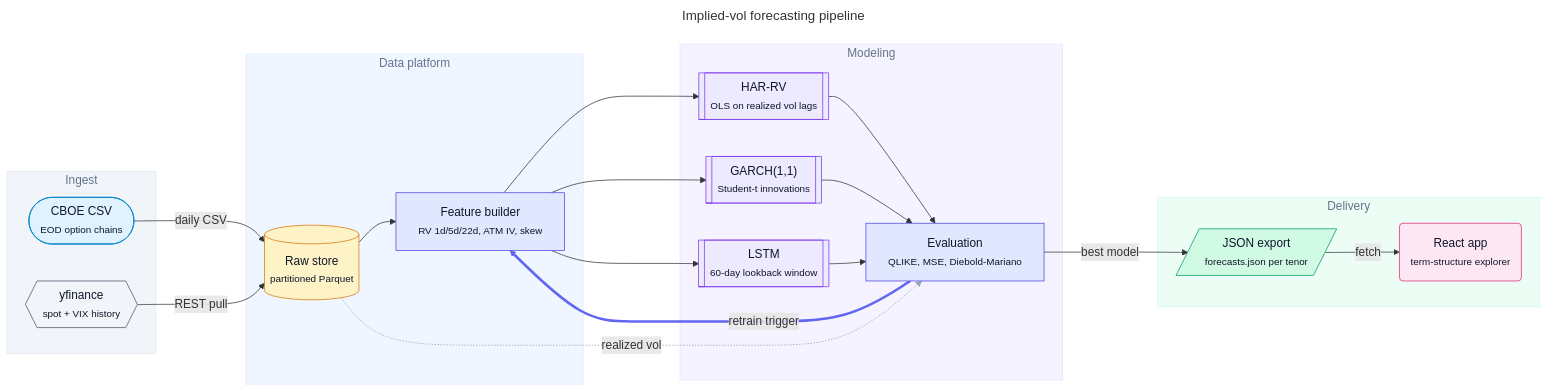
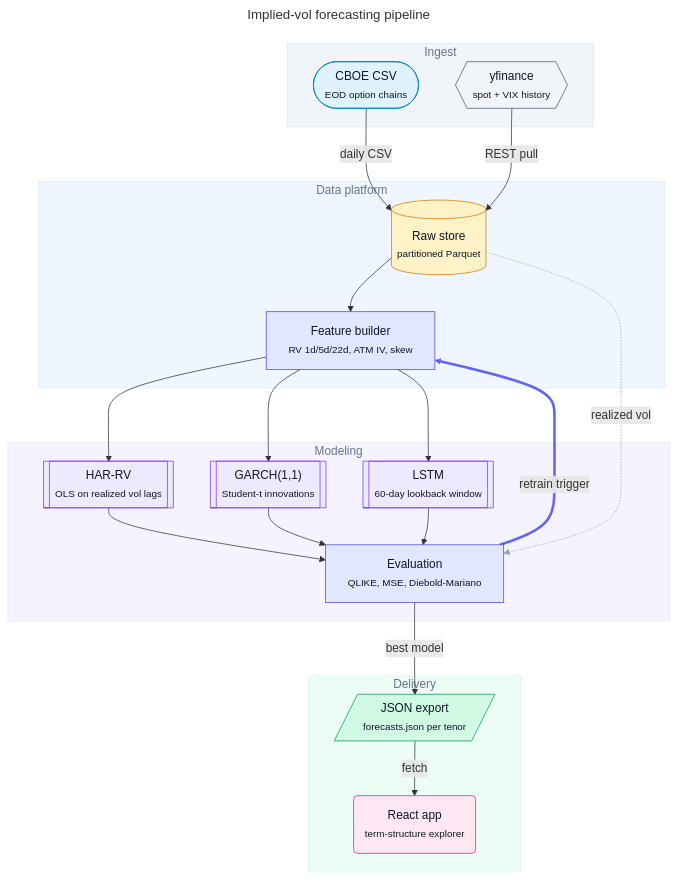
Before and after one commit to rajib2k5/vol-diagram-kit: the diagram in examples/out/iv_forecast_pipeline.mmd, drawn with Mermaid. The commit also changed 35 other files, not shown here.

First line of the commit message:
Fix review defects: Mermaid escaping, draw.io ids and HTML, cascades, layout

```diff
--- a/examples/out/iv_forecast_pipeline.mmd
+++ b/examples/out/iv_forecast_pipeline.mmd
@@ -1,55 +1,55 @@
 ---
 title: "Implied-vol forecasting pipeline"
 ---
-flowchart LR
+flowchart TB
     subgraph ingest["Ingest"]
         cboe(["CBOE CSV<br/><small>EOD option chains</small>"])
         yfinance{{"yfinance<br/><small>spot + VIX history</small>"}}
     end
     subgraph data["Data platform"]
         raw[("Raw store<br/><small>partitioned Parquet</small>")]
         features["Feature builder<br/><small>RV 1d/5d/22d, ATM IV, skew</small>"]
     end
     subgraph modeling["Modeling"]
         har[["HAR-RV<br/><small>OLS on realized vol lags</small>"]]
         garch[["GARCH(1,1)<br/><small>Student-t innovations</small>"]]
         lstm[["LSTM<br/><small>60-day lookback window</small>"]]
         evaluation["Evaluation<br/><small>QLIKE, MSE, Diebold-Mariano</small>"]
     end
     subgraph delivery["Delivery"]
         export[/"JSON export<br/><small>forecasts.json per tenor</small>"/]
         app("React app<br/><small>term-structure explorer</small>")
     end
-    cboe -->|daily CSV| raw
-    yfinance -->|REST pull| raw
+    cboe -->|"daily CSV"| raw
+    yfinance -->|"REST pull"| raw
     raw --> features
     features --> har
     features --> garch
     features --> lstm
     har --> evaluation
     garch --> evaluation
     lstm --> evaluation
-    raw -.->|realized vol| evaluation
-    evaluation -->|best model| export
-    export -->|fetch| app
-    evaluation ==>|retrain trigger| features
+    raw -.->|"realized vol"| evaluation
+    evaluation -->|"best model"| export
+    export -->|"fetch"| app
+    evaluation ==>|"retrain trigger"| features
     classDef source fill:#E0F2FE,stroke:#0284C7,color:#0F172A
     class cboe source
     classDef store fill:#FEF3C7,stroke:#D97706,color:#0F172A
     class raw store
     classDef process fill:#E0E7FF,stroke:#4F46E5,color:#0F172A
     class features,evaluation process
     classDef model fill:#EDE9FE,stroke:#7C3AED,color:#0F172A
     class har,garch,lstm model
     classDef output fill:#D1FAE5,stroke:#059669,color:#0F172A
     class export output
     classDef external fill:#F1F5F9,stroke:#475569,color:#0F172A
     class yfinance external
     classDef ui fill:#FCE7F3,stroke:#DB2777,color:#0F172A
     class app ui
     style ingest fill:#F1F5F9,stroke:#E2E8F0,color:#64748B
     style data fill:#EFF6FF,stroke:#DBEAFE,color:#64748B
     style modeling fill:#F5F3FF,stroke:#E9E5FD,color:#64748B
     style delivery fill:#ECFDF5,stroke:#D1FAE5,color:#64748B
     linkStyle 9 stroke:#94A3B8
     linkStyle 12 stroke:#6366F1
```
